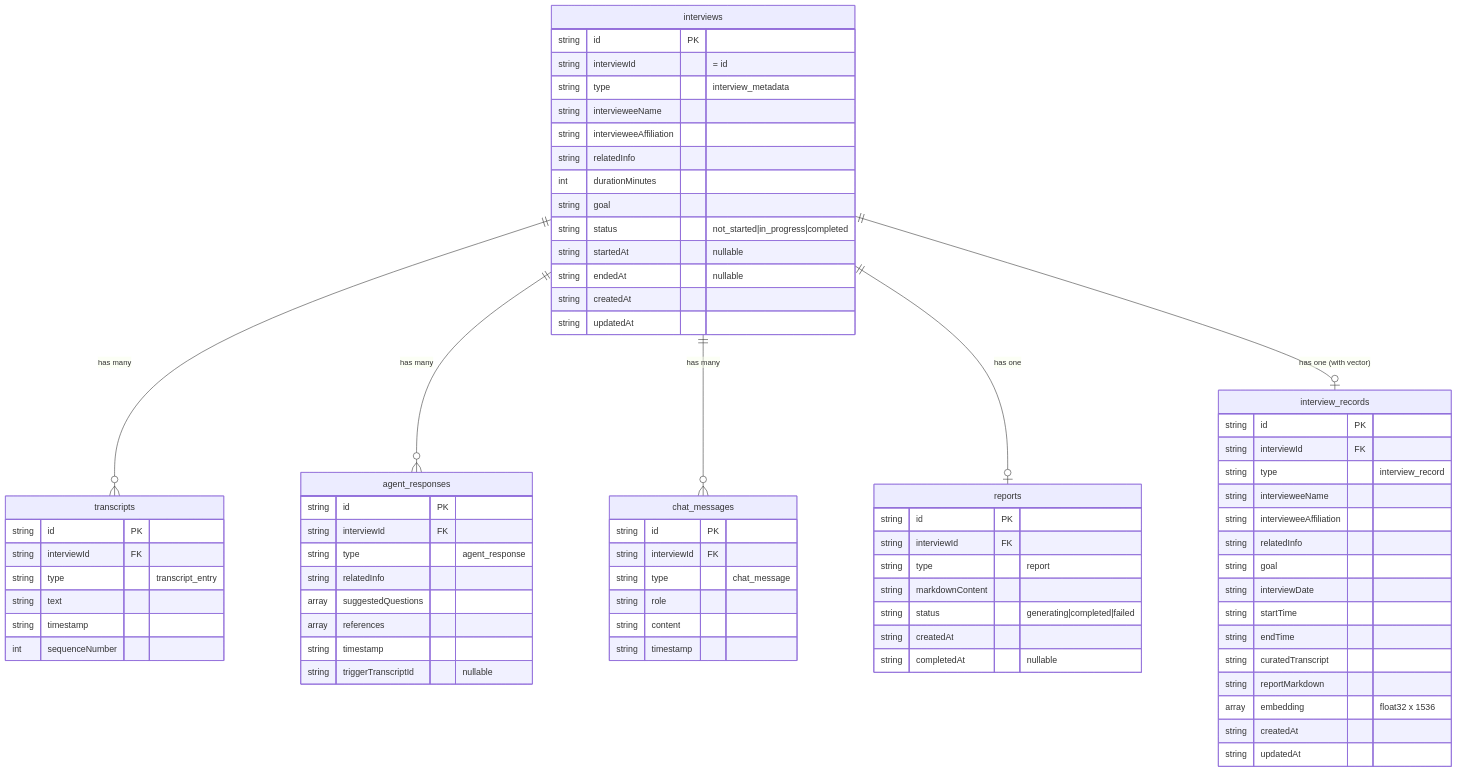
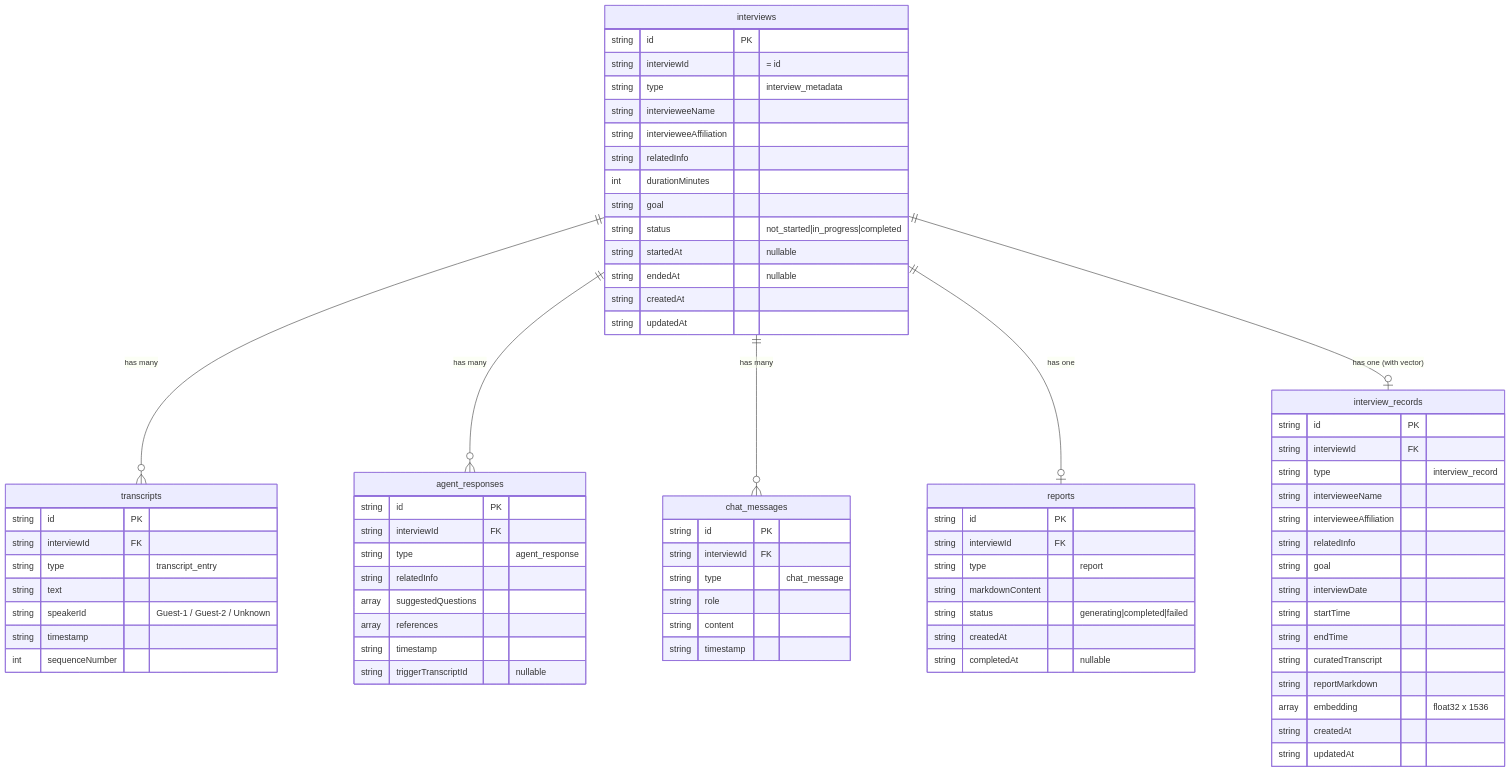
Before and after one commit to hatasaki/Interview-Assistant-AI: diagram 17 of 22 in spec/architecture.md, drawn with Mermaid. The commit also changed other lines of this file and 10 other files, not shown here.

````diff
--- a/spec/architecture.md
+++ b/spec/architecture.md
@@ -777,81 +812,82 @@
 ```mermaid
 erDiagram
     interviews {
         string id PK
         string interviewId "= id"
         string type "interview_metadata"
         string intervieweeName
         string intervieweeAffiliation
         string relatedInfo
         int durationMinutes
         string goal
         string status "not_started|in_progress|completed"
         string startedAt "nullable"
         string endedAt "nullable"
         string createdAt
         string updatedAt
     }
 
     transcripts {
         string id PK
         string interviewId FK
         string type "transcript_entry"
         string text
+        string speakerId "Guest-1 / Guest-2 / Unknown"
         string timestamp
         int sequenceNumber
     }
 
     agent_responses {
         string id PK
         string interviewId FK
         string type "agent_response"
         string relatedInfo
         array suggestedQuestions
         array references
         string timestamp
         string triggerTranscriptId "nullable"
     }
 
     chat_messages {
         string id PK
         string interviewId FK
         string type "chat_message"
         string role
         string content
         string timestamp
     }
 
     reports {
         string id PK
         string interviewId FK
         string type "report"
         string markdownContent
         string status "generating|completed|failed"
         string createdAt
         string completedAt "nullable"
     }
 
     interview_records {
         string id PK
         string interviewId FK
         string type "interview_record"
         string intervieweeName
         string intervieweeAffiliation
         string relatedInfo
         string goal
         string interviewDate
         string startTime
         string endTime
         string curatedTranscript
         string reportMarkdown
         array embedding "float32 x 1536"
         string createdAt
         string updatedAt
     }
 
     interviews ||--o{ transcripts : "has many"
     interviews ||--o{ agent_responses : "has many"
     interviews ||--o{ chat_messages : "has many"
     interviews ||--o| reports : "has one"
     interviews ||--o| interview_records : "has one (with vector)"
 ```
````
